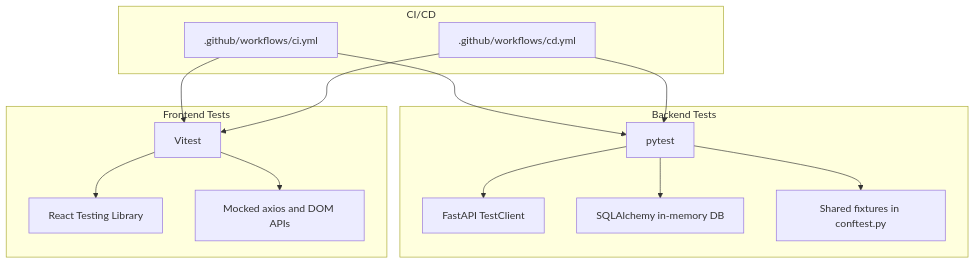
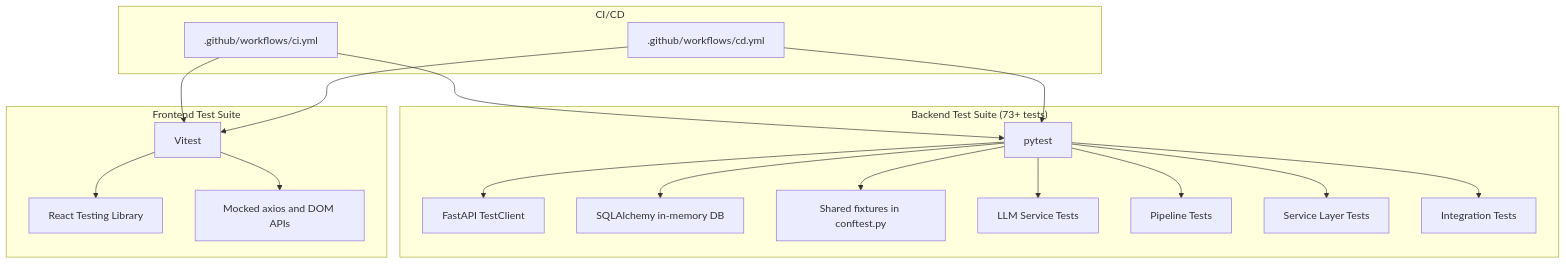
Before and after one commit to Revanththetalogics/aireume: the first of 6 diagrams in .qoder/repowiki/en/content/Testing Strategy.md, drawn with Mermaid. The commit also changed other lines of this file and 33 other files, not shown here.

````diff
--- a/.qoder/repowiki/en/content/Testing Strategy.md
+++ b/.qoder/repowiki/en/content/Testing Strategy.md
@@ -45,27 +72,35 @@
 ```mermaid
 graph TB
-subgraph "Backend Tests"
+subgraph "Backend Test Suite (73+ tests)"
 B1["pytest"]
 B2["FastAPI TestClient"]
 B3["SQLAlchemy in-memory DB"]
 B4["Shared fixtures in conftest.py"]
+B5["LLM Service Tests"]
+B6["Pipeline Tests"]
+B7["Service Layer Tests"]
+B8["Integration Tests"]
 end
-subgraph "Frontend Tests"
+subgraph "Frontend Test Suite"
 F1["Vitest"]
 F2["React Testing Library"]
 F3["Mocked axios and DOM APIs"]
 end
 subgraph "CI/CD"
 C1[".github/workflows/ci.yml"]
 C2[".github/workflows/cd.yml"]
 end
 B1 --> B2
 B1 --> B3
 B1 --> B4
+B1 --> B5
+B1 --> B6
+B1 --> B7
+B1 --> B8
 F1 --> F2
 F1 --> F3
 C1 --> B1
 C1 --> F1
 C2 --> B1
 C2 --> F1
 ```
````
